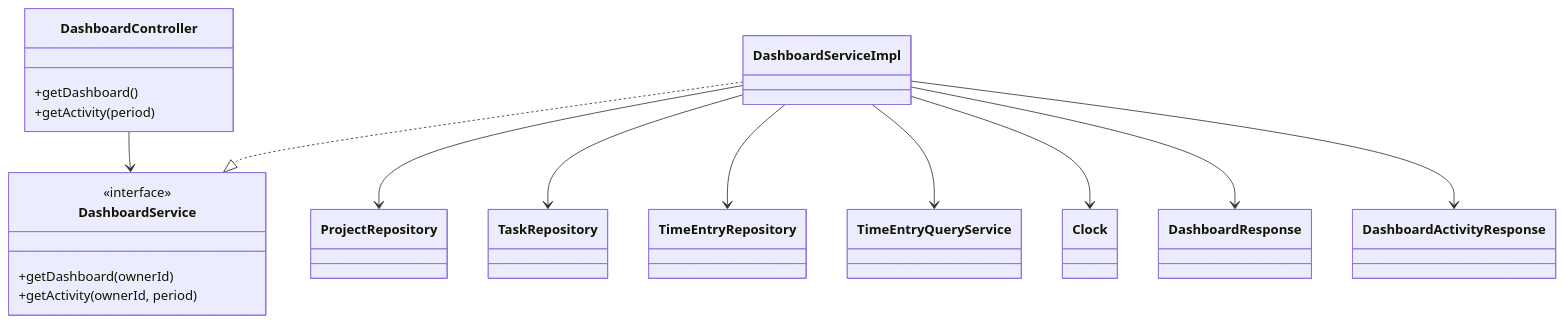
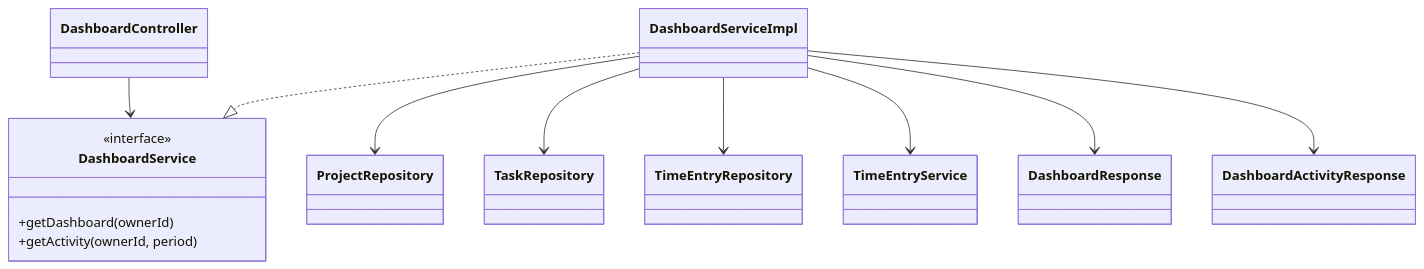
One commit to lillianxhub/freelance-hub changed the first of 4 diagrams in doc/V1/DESIGN/nattadol-design.md. Above: the diagram before and after it, drawn with Mermaid. The commit also changed other lines of this file and 3 other files, not shown here.

````diff
--- a/doc/V1/DESIGN/nattadol-design.md
+++ b/doc/V1/DESIGN/nattadol-design.md
@@ -31,30 +26,25 @@
 ```mermaid
 classDiagram
-    class DashboardController {
-        +getDashboard()
-        +getActivity(period)
-    }
+    class DashboardController
     class DashboardService {
         <<interface>>
         +getDashboard(ownerId)
         +getActivity(ownerId, period)
     }
     class DashboardServiceImpl
     class ProjectRepository
     class TaskRepository
     class TimeEntryRepository
-    class TimeEntryQueryService
-    class Clock
+    class TimeEntryService
     class DashboardResponse
     class DashboardActivityResponse
 
     DashboardController --> DashboardService
     DashboardServiceImpl ..|> DashboardService
     DashboardServiceImpl --> ProjectRepository
     DashboardServiceImpl --> TaskRepository
     DashboardServiceImpl --> TimeEntryRepository
-    DashboardServiceImpl --> TimeEntryQueryService
-    DashboardServiceImpl --> Clock
+    DashboardServiceImpl --> TimeEntryService
     DashboardServiceImpl --> DashboardResponse
     DashboardServiceImpl --> DashboardActivityResponse
 ```
````
